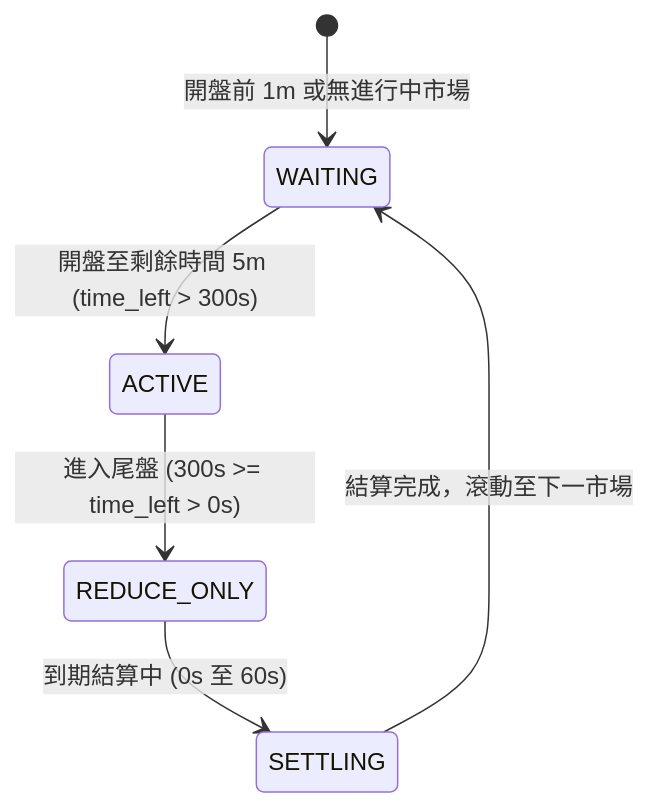
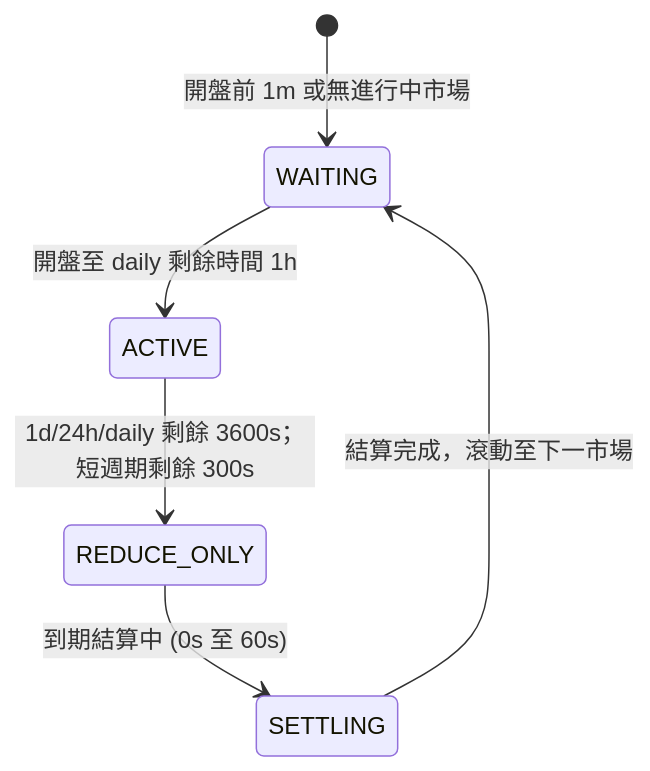
The second of 3 diagrams in hyperliquid_project_overview.md (ericeric0101/outcome_prediction_bot), drawn with Mermaid before and after one commit. The commit also changed other lines of this file, not shown here.

````diff
--- a/hyperliquid_project_overview.md
+++ b/hyperliquid_project_overview.md
@@ -482,8 +498,8 @@
 ```mermaid
 stateDiagram-v2
     [*] --> WAITING: 開盤前 1m 或無進行中市場
-    WAITING --> ACTIVE: 開盤至剩餘時間 5m (time_left > 300s)
-    ACTIVE --> REDUCE_ONLY: 進入尾盤 (300s >= time_left > 0s)
+    WAITING --> ACTIVE: 開盤至 daily 剩餘時間 1h
+    ACTIVE --> REDUCE_ONLY: 1d/24h/daily 剩餘 3600s；短週期剩餘 300s
     REDUCE_ONLY --> SETTLING: 到期結算中 (0s 至 60s)
     SETTLING --> WAITING: 結算完成，滾動至下一市場
 ```
````
